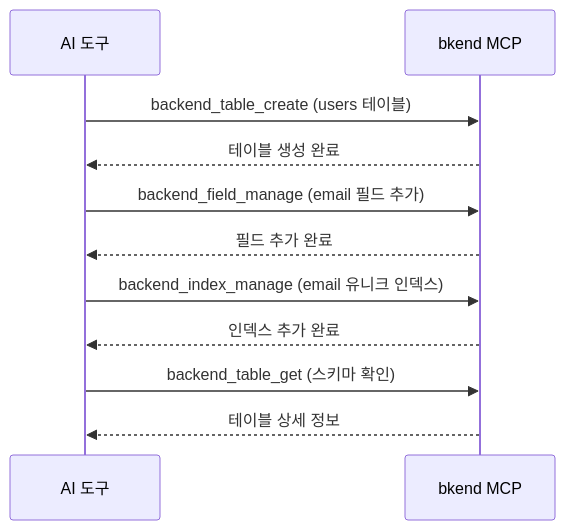
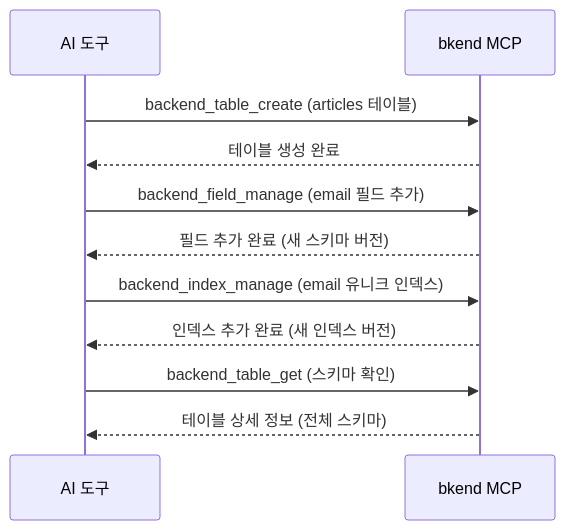
The second of 2 diagrams in ko/mcp/04-table-tools.md (popup-studio-ai/bkend-docs), drawn with Mermaid before and after one commit. The commit also changed other lines of this file and 424 other files, not shown here.

````diff
--- a/ko/mcp/04-table-tools.md
+++ b/ko/mcp/04-table-tools.md
@@ -253,17 +228,17 @@
 ```mermaid
 sequenceDiagram
     participant AI as AI 도구
     participant MCP as bkend MCP
 
-    AI->>MCP: backend_table_create (users 테이블)
+    AI->>MCP: backend_table_create (articles 테이블)
     MCP-->>AI: 테이블 생성 완료
 
     AI->>MCP: backend_field_manage (email 필드 추가)
-    MCP-->>AI: 필드 추가 완료
+    MCP-->>AI: 필드 추가 완료 (새 스키마 버전)
 
     AI->>MCP: backend_index_manage (email 유니크 인덱스)
-    MCP-->>AI: 인덱스 추가 완료
+    MCP-->>AI: 인덱스 추가 완료 (새 인덱스 버전)
 
     AI->>MCP: backend_table_get (스키마 확인)
-    MCP-->>AI: 테이블 상세 정보
+    MCP-->>AI: 테이블 상세 정보 (전체 스키마)
 ```
````
